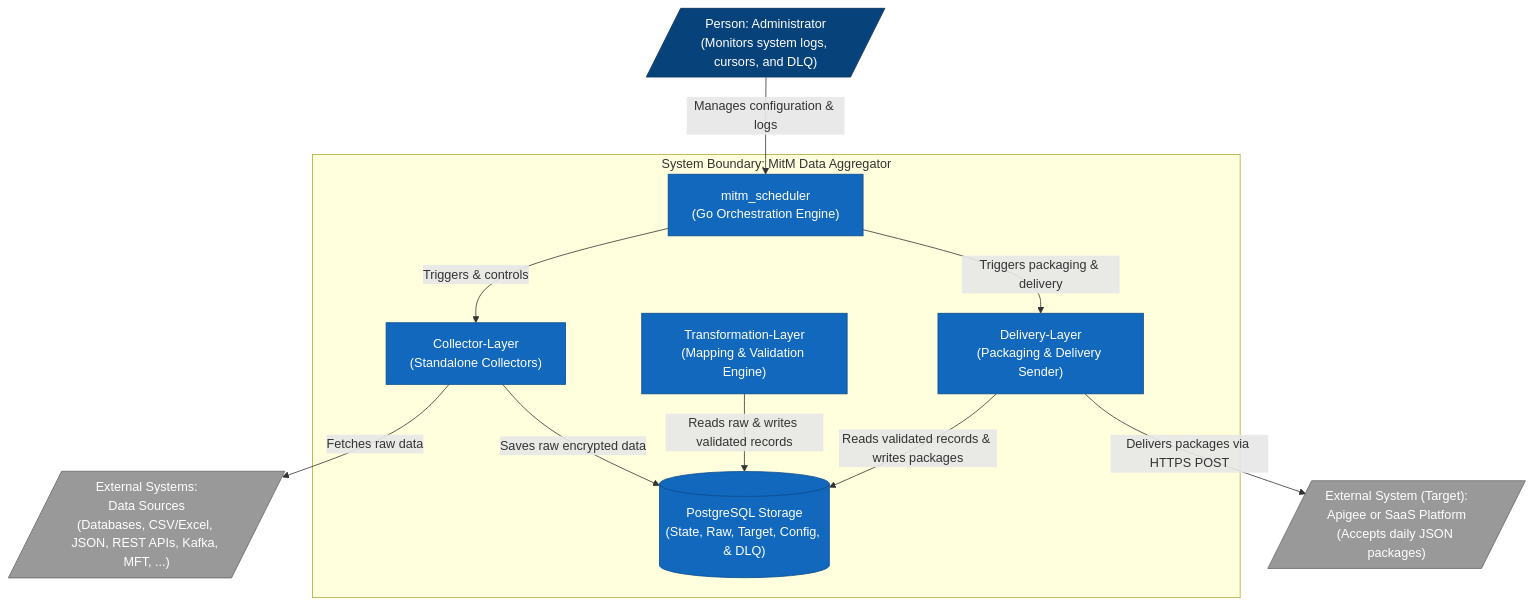
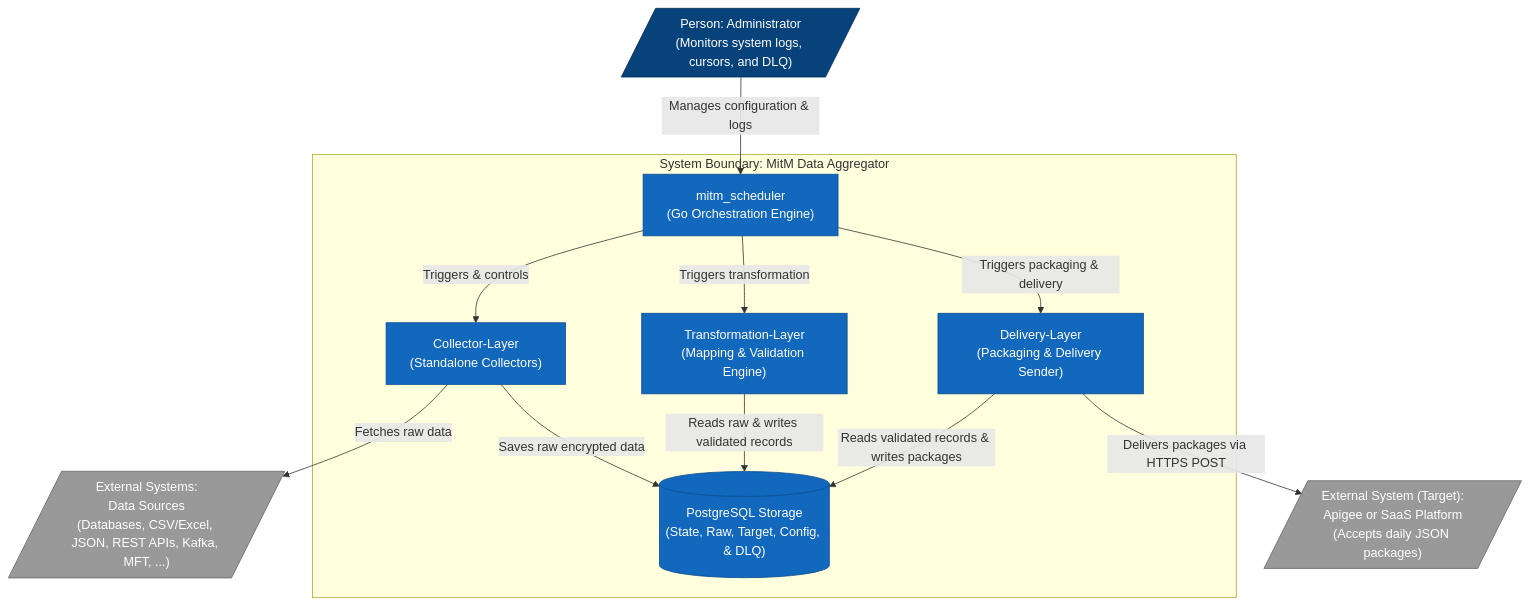
One commit to Zheng-Bote/mitm-2 changed the diagram in README.md. Above: the diagram before and after it, drawn with Mermaid.

Commit message:
Add transformation step to scheduler in README

````diff
--- a/README.md
+++ b/README.md
@@ -37,35 +37,36 @@
 ```mermaid
 flowchart TB
     admin[/"Person: Administrator<br/>(Monitors system logs, cursors, and DLQ)"/]
 
     subgraph system ["System Boundary: MitM Data Aggregator"]
         scheduler["mitm_scheduler<br/>(Go Orchestration Engine)"]
         collector["Collector-Layer<br/>(Standalone Collectors)"]
         transformer["Transformation-Layer<br/>(Mapping & Validation Engine)"]
         delivery["Delivery-Layer<br/>(Packaging & Delivery Sender)"]
         db[("PostgreSQL Storage<br/>(State, Raw, Target, Config, & DLQ)")]
     end
 
     sources[/"External Systems:<br/>Data Sources<br/>(Databases, CSV/Excel, JSON, REST APIs, Kafka, MFT, ...)"/]
     saas[/"External System (Target):<br/>Apigee or SaaS Platform<br/>(Accepts daily JSON packages)"/]
 
     admin -->|Manages configuration & logs| scheduler
     scheduler -->|Triggers & controls| collector
+    scheduler -->|Triggers transformation| transformer
     scheduler -->|Triggers packaging & delivery| delivery
 
     collector -->|Fetches raw data| sources
     collector -->|Saves raw encrypted data| db
 
     transformer -->|Reads raw & writes validated records| db
 
     delivery -->|Reads validated records & writes packages| db
     delivery -->|Delivers packages via HTTPS POST| saas
 
     classDef system fill:#1168bd,stroke:#0b4c8c,color:#fff;
     classDef external fill:#999999,stroke:#666666,color:#fff;
     classDef actor fill:#08427b,stroke:#052e56,color:#fff;
 
     class scheduler,collector,transformer,delivery,db system;
     class sources,saas external;
     class admin actor;
 ```
````
